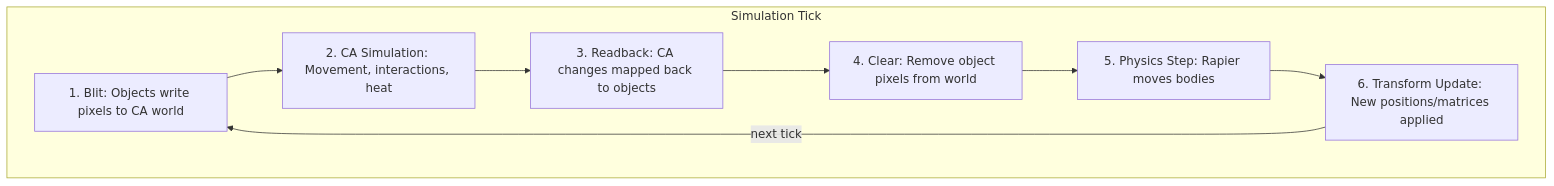
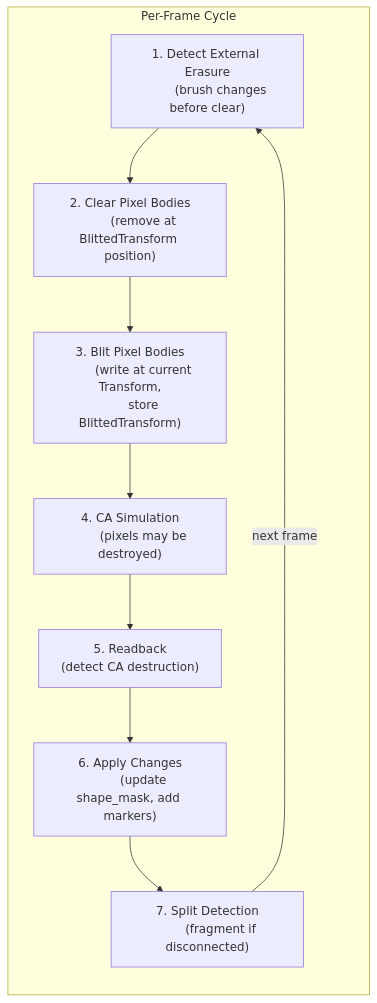
Before and after one commit to api-haus/bevy_pixel_world: the first of 4 diagrams in docs/arhitecture/pixel-bodies.md, drawn with Mermaid. The commit also changed other lines of this file, not shown here.

First line of the commit message:
docs(arhitecture): rewrite pixel-bodies with accurate system flow

````diff
--- a/docs/arhitecture/pixel-bodies.md
+++ b/docs/arhitecture/pixel-bodies.md
@@ -16,14 +64,32 @@
 ```mermaid
 flowchart TD
-    subgraph Tick["Simulation Tick"]
-        B1["1. Blit: Objects write pixels to CA world"]
-        B2["2. CA Simulation: Movement, interactions, heat"]
-        B3["3. Readback: CA changes mapped back to objects"]
-        B4["4. Clear: Remove object pixels from world"]
-        B5["5. Physics Step: Rapier moves bodies"]
-        B6["6. Transform Update: New positions/matrices applied"]
+    subgraph Frame["Per-Frame Cycle"]
+        direction TB
 
-        B1 --> B2 --> B3 --> B4 --> B5 --> B6
-        B6 -->|"next tick"| B1
+        EE["1. Detect External Erasure
+        (brush changes before clear)"]
+
+        CL["2. Clear Pixel Bodies
+        (remove at BlittedTransform position)"]
+
+        BL["3. Blit Pixel Bodies
+        (write at current Transform,
+        store BlittedTransform)"]
+
+        CA["4. CA Simulation
+        (pixels may be destroyed)"]
+
+        RB["5. Readback
+        (detect CA destruction)"]
+
+        AP["6. Apply Changes
+        (update shape_mask, add markers)"]
+
+        SP["7. Split Detection
+        (fragment if disconnected)"]
+
+        EE --> CL --> BL --> CA --> RB --> AP --> SP
     end
+
+    SP -->|"next frame"| EE
 ```
````
